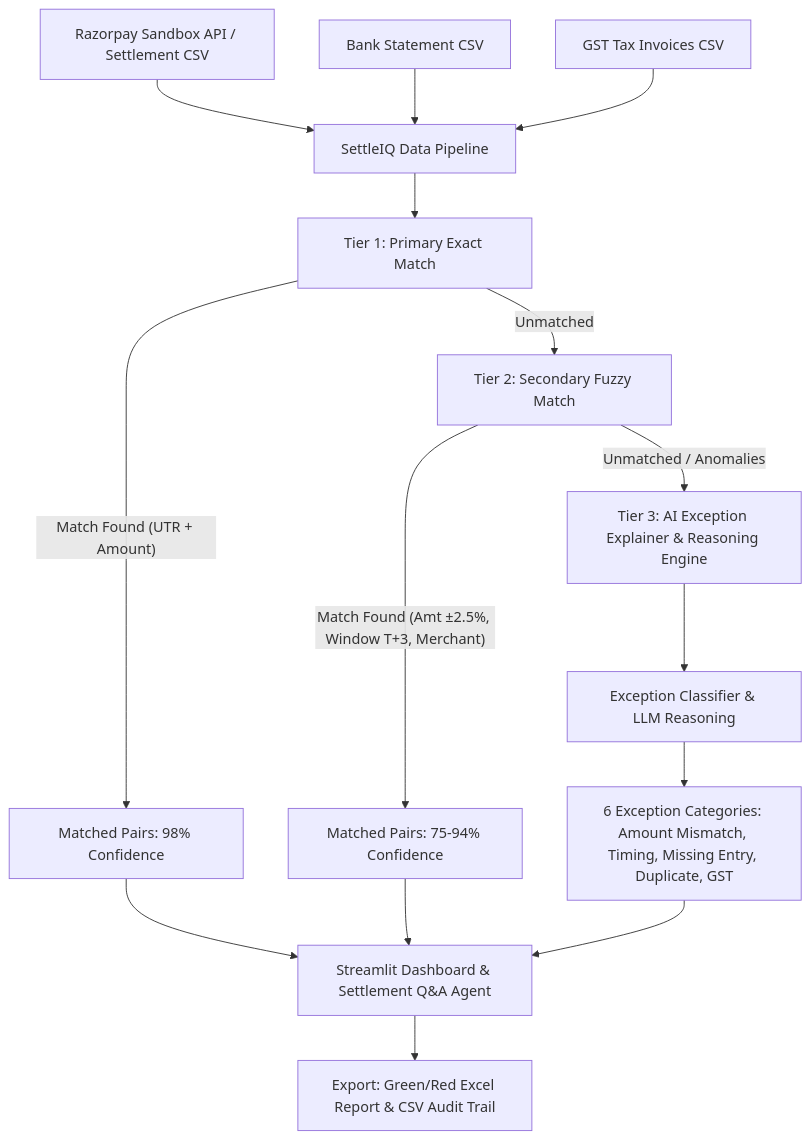
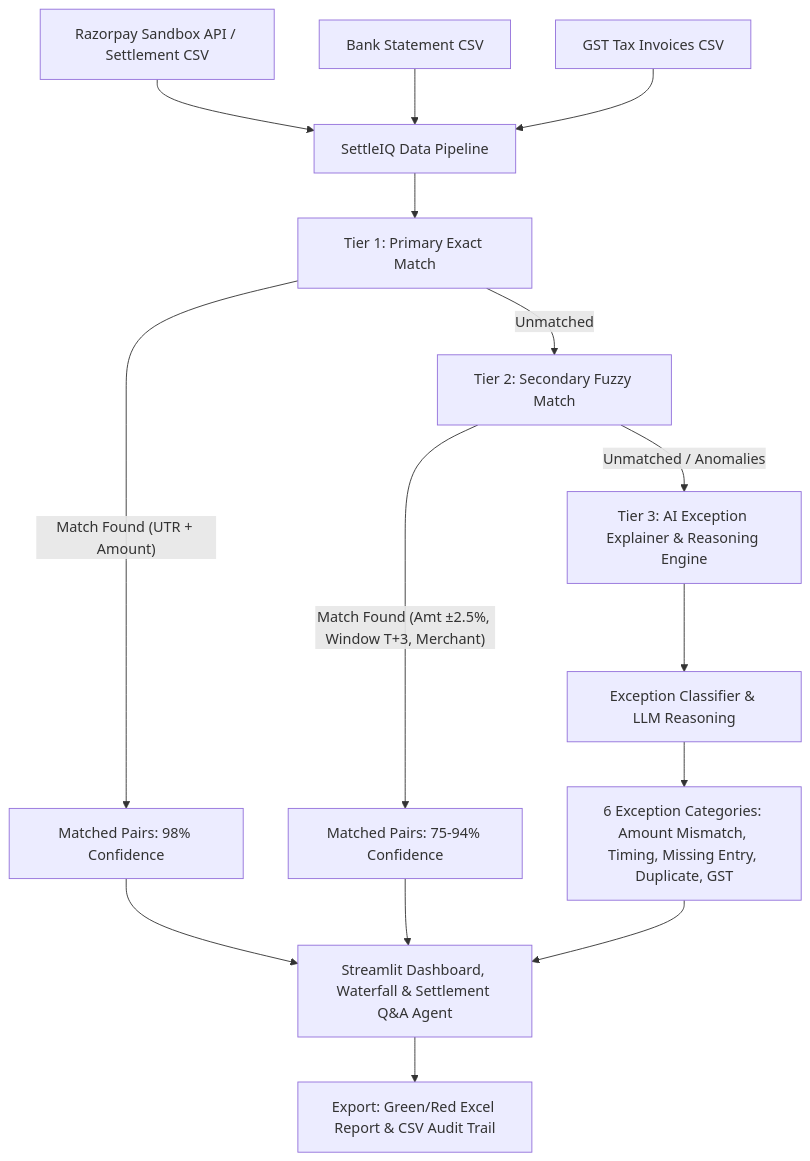
Before and after one commit to Yashika-code/SettleIQ: the diagram in README.md, drawn with Mermaid. The commit also changed other lines of this file and 11 other files, not shown here.

````diff
--- a/README.md
+++ b/README.md
@@ -30,21 +55,21 @@
 ```mermaid
 graph TD
     A[Razorpay Sandbox API / Settlement CSV] --> D[SettleIQ Data Pipeline]
     B[Bank Statement CSV] --> D
     C[GST Tax Invoices CSV] --> D
     
     D --> E[Tier 1: Primary Exact Match]
     E -- Match Found (UTR + Amount) --> M1[Matched Pairs: 98% Confidence]
     E -- Unmatched --> F[Tier 2: Secondary Fuzzy Match]
     
     F -- Match Found (Amt ±2.5%, Window T+3, Merchant) --> M2[Matched Pairs: 75-94% Confidence]
     F -- Unmatched / Anomalies --> G[Tier 3: AI Exception Explainer & Reasoning Engine]
     
     G --> H[Exception Classifier & LLM Reasoning]
     H --> I[6 Exception Categories: Amount Mismatch, Timing, Missing Entry, Duplicate, GST]
     
-    M1 --> Dash[Streamlit Dashboard & Settlement Q&A Agent]
+    M1 --> Dash[Streamlit Dashboard, Waterfall & Settlement Q&A Agent]
     M2 --> Dash
     I --> Dash
     Dash --> Export[Export: Green/Red Excel Report & CSV Audit Trail]
 ```
````
